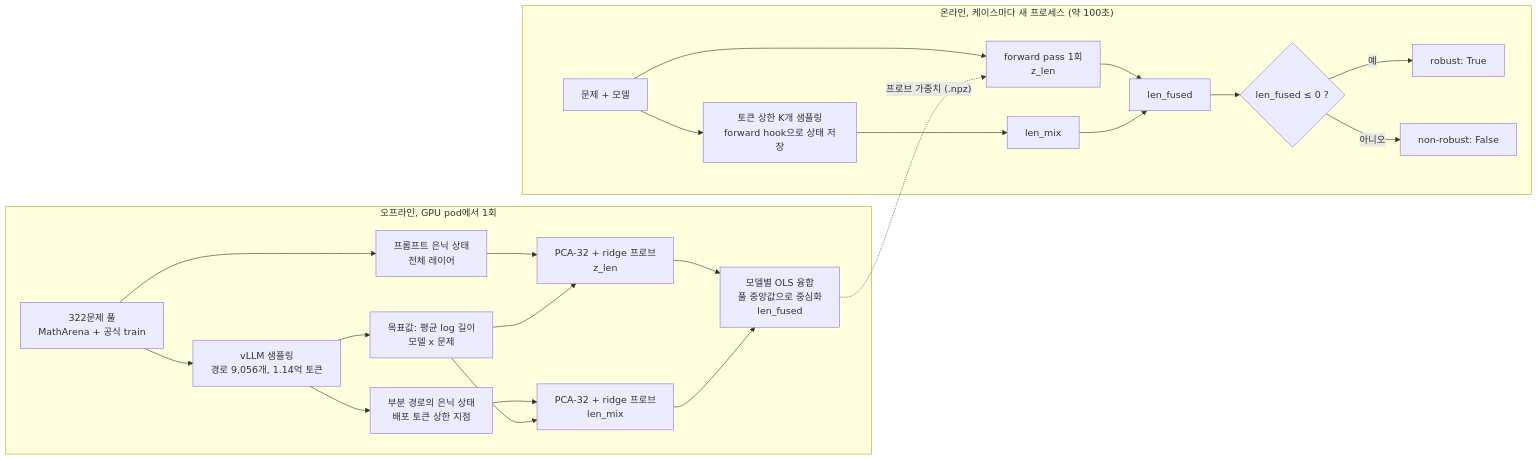
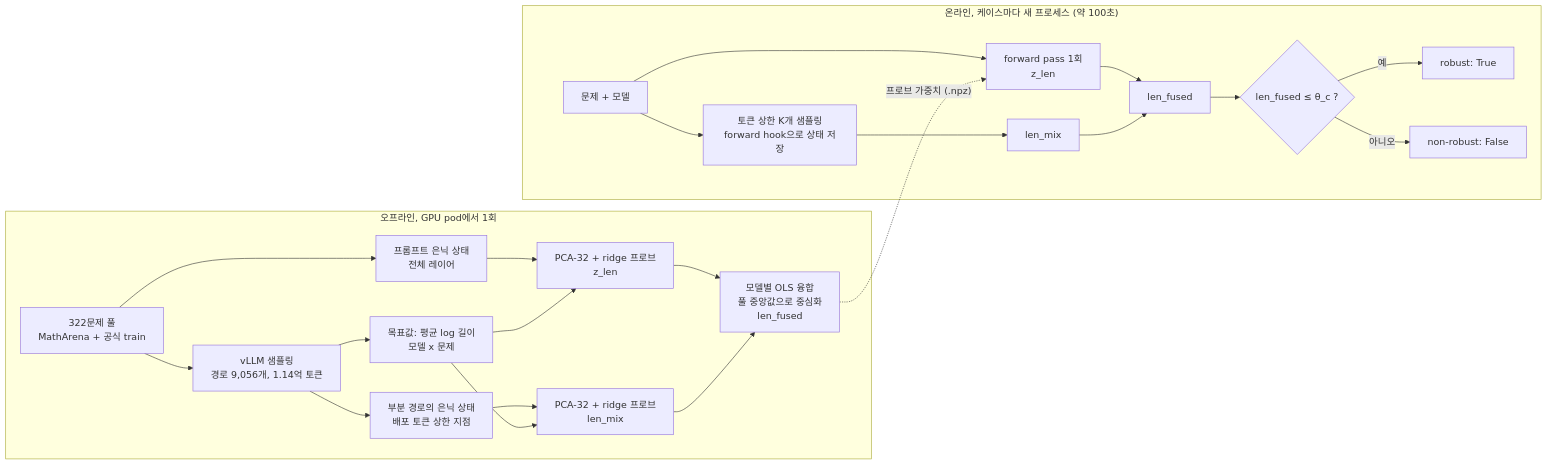
One commit to joon56/AIMO_-interpretability_challenge changed the diagram in README.ko.md. Above: the diagram before and after it, drawn with Mermaid. The commit also changed other lines of this file and 1 other file, not shown here.

````diff
--- a/README.ko.md
+++ b/README.ko.md
@@ -147,26 +154,26 @@
 ```mermaid
 flowchart LR
   subgraph OFFLINE["오프라인, GPU pod에서 1회"]
     P["322문제 풀<br/>MathArena + 공식 train"] --> G["vLLM 샘플링<br/>경로 9,056개, 1.14억 토큰"]
     G --> T["목표값: 평균 log 길이<br/>모델 x 문제"]
     P --> H["프롬프트 은닉 상태<br/>전체 레이어"]
     G --> S["부분 경로의 은닉 상태<br/>배포 토큰 상한 지점"]
     H --> PP["PCA-32 + ridge 프로브<br/>z_len"]
     S --> PG["PCA-32 + ridge 프로브<br/>len_mix"]
     T --> PP
     T --> PG
     PP --> F["모델별 OLS 융합<br/>풀 중앙값으로 중심화<br/>len_fused"]
     PG --> F
   end
   subgraph ONLINE["온라인, 케이스마다 새 프로세스 (약 100초)"]
     X["문제 + 모델"] --> A["forward pass 1회<br/>z_len"]
     X --> B["토큰 상한 K개 샘플링<br/>forward hook으로 상태 저장"]
     B --> C["len_mix"]
     A --> D["len_fused"]
     C --> D
-    D --> E{"len_fused ≤ 0 ?"}
+    D --> E{"len_fused ≤ θ_c ?"}
     E -- 예 --> R["robust: True"]
     E -- 아니오 --> N["non-robust: False"]
   end
   F -. "프로브 가중치 (.npz)" .-> A
 ```
````
